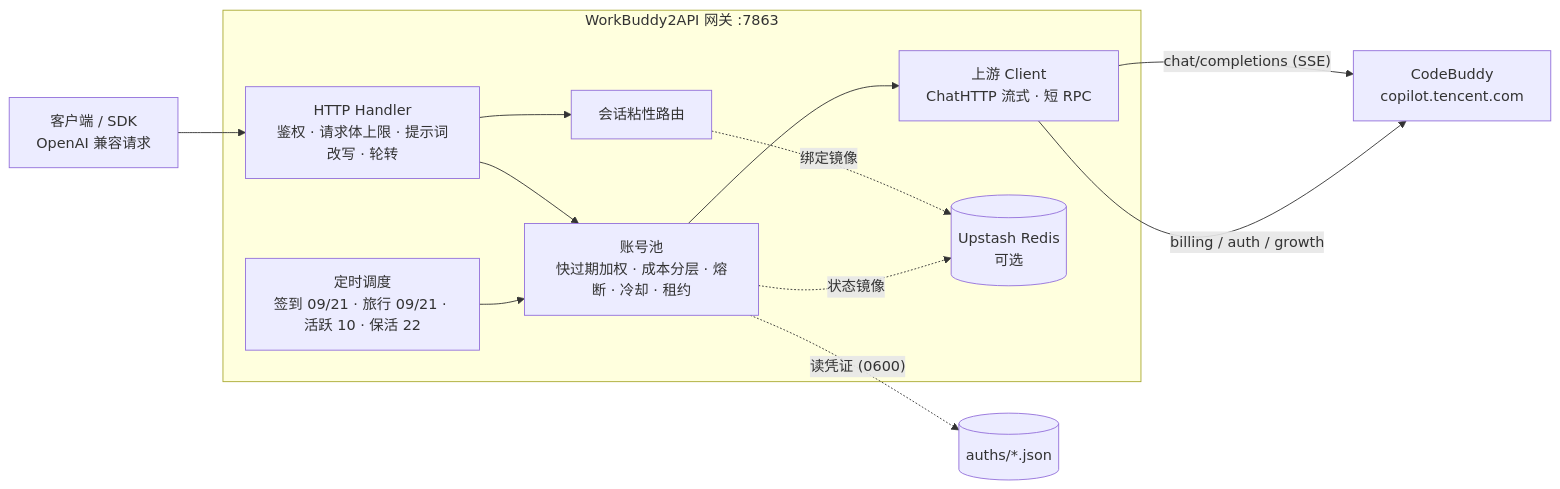
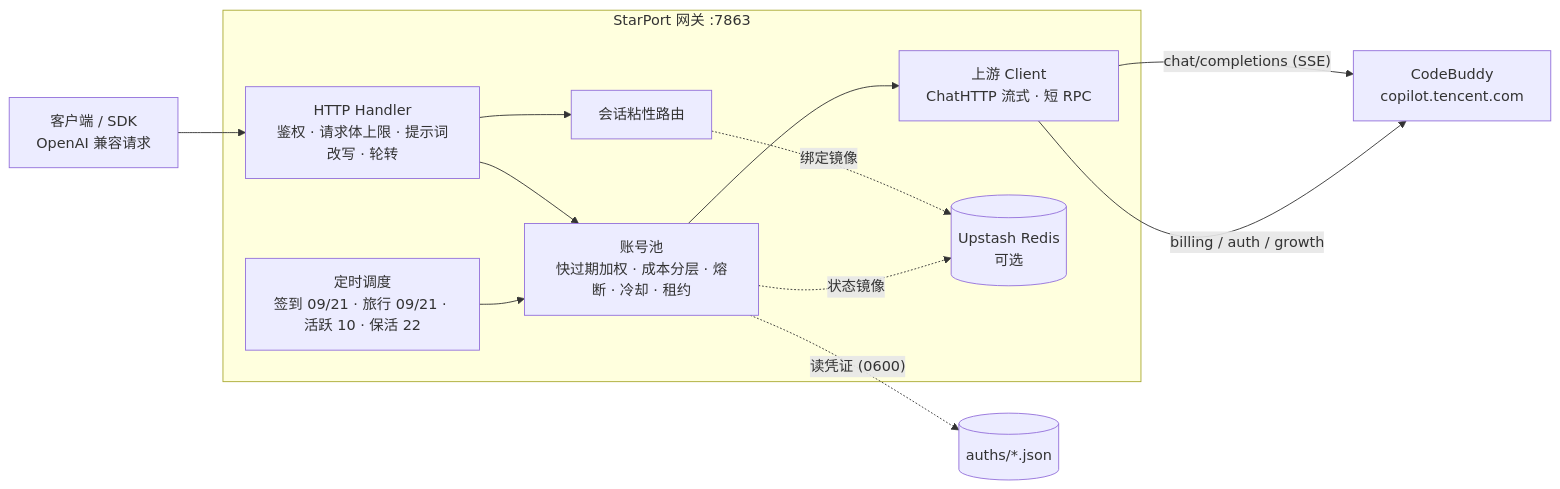
One commit to RisingInsight/startport changed the diagram in README.md. Above: the diagram before and after it, drawn with Mermaid. The commit also changed other lines of this file and 121 other files, not shown here.

Commit message:
chore: 快照——面板用量视图 DeepSeek 化改造前的完整工作区版本(保留可回退)

````diff
--- a/README.md
+++ b/README.md
@@ -192,18 +188,18 @@
 ```mermaid
 flowchart LR
     Client["客户端 / SDK\nOpenAI 兼容请求"] --> H
 
-    subgraph GWI["WorkBuddy2API 网关 :7863"]
+    subgraph GWI["StarPort 网关 :7863"]
         H["HTTP Handler\n鉴权 · 请求体上限 · 提示词改写 · 轮转"] --> P
         H --> S
         P["账号池\n快过期加权 · 成本分层 · 熔断 · 冷却 · 租约"] --> U
         S["会话粘性路由"] -.绑定镜像.-> REDIS
         T["定时调度\n签到 09/21 · 旅行 09/21 · 活跃 10 · 保活 22"] --> P
         U["上游 Client\nChatHTTP 流式 · 短 RPC"]
     end
 
     P -. "读凭证 (0600)" .-> AUTH[("auths/*.json")]
     P -. "状态镜像" .-> REDIS[("Upstash Redis\n可选")]
     U -->|"chat/completions (SSE)"| CB["CodeBuddy\ncopilot.tencent.com"]
     U -->|"billing / auth / growth"| CB
 ```
````
